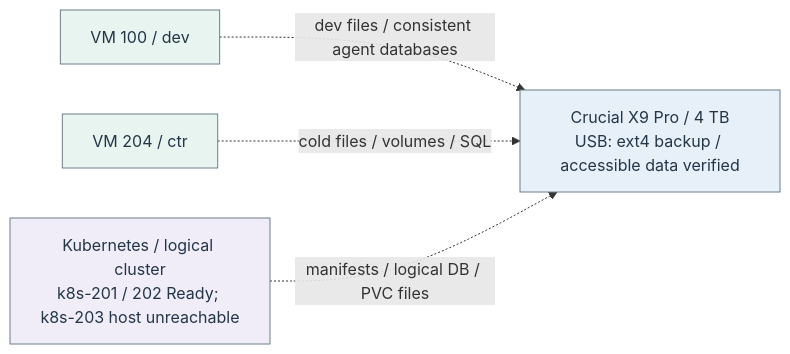
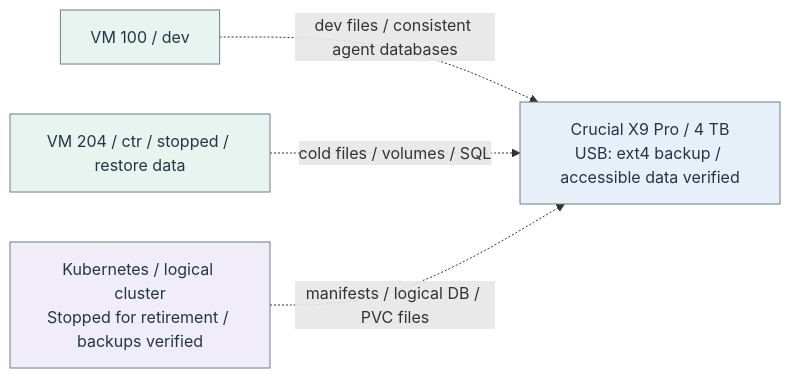
Before and after one commit to Harsh-2002/Homelab: diagram 22 of 22 in docs/architecture/homelab-mermaid.md, drawn with Mermaid. The commit also changed other lines of this file and 77 other files, not shown here.

````diff
--- a/docs/architecture/homelab-mermaid.md
+++ b/docs/architecture/homelab-mermaid.md
@@ -618,16 +624,16 @@
 ```mermaid
 flowchart LR
   n_flow_15_0["Crucial X9 Pro / 4 TB<br/>USB: ext4 backup / accessible data verified"]
   n_flow_15_1["VM 100 / dev"]
-  n_flow_15_2["VM 204 / ctr"]
-  n_flow_15_3["Kubernetes / logical cluster<br/>k8s-201 / 202 Ready; k8s-203 host unreachable"]
+  n_flow_15_2["VM 204 / ctr / stopped / restore data"]
+  n_flow_15_3["Kubernetes / logical cluster<br/>Stopped for retirement / backups verified"]
   n_flow_15_1 -.->|"dev files / consistent agent databases"| n_flow_15_0
   n_flow_15_2 -.->|"cold files / volumes / SQL"| n_flow_15_0
   n_flow_15_3 -.->|"manifests / logical DB / PVC files"| n_flow_15_0
   classDef c_flow_15_0 fill:#e7eff8,stroke:#6c7f8c,color:#233647;
   class n_flow_15_0 c_flow_15_0;
   classDef c_flow_15_1 fill:#e8f4f0,stroke:#6c7f8c,color:#233647;
   class n_flow_15_1,n_flow_15_2 c_flow_15_1;
   classDef c_flow_15_2 fill:#f0edf9,stroke:#6c7f8c,color:#233647;
   class n_flow_15_3 c_flow_15_2;
 ```
````
